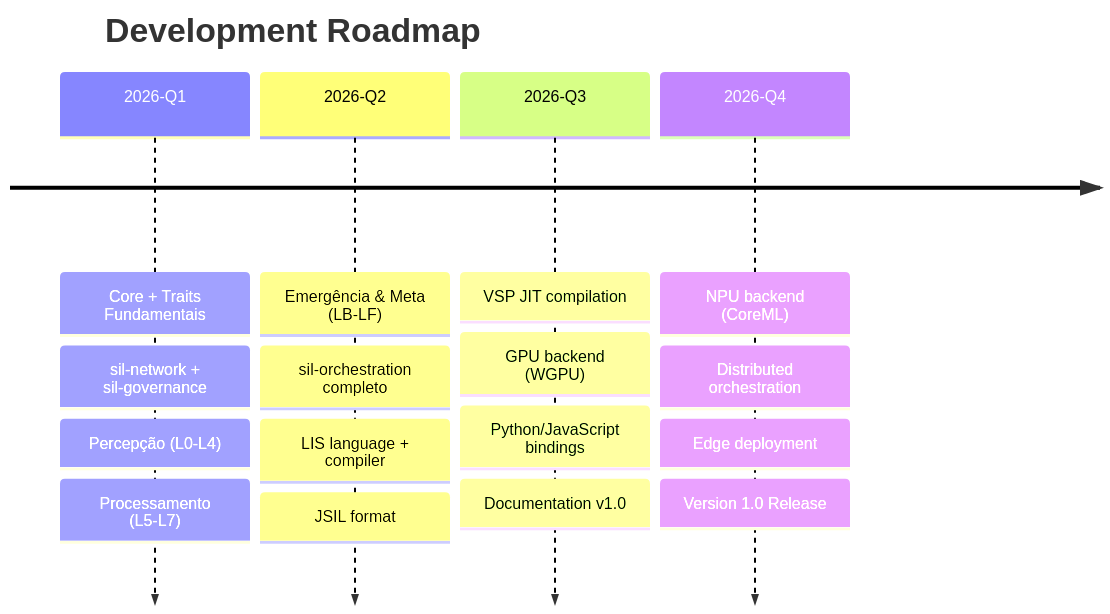
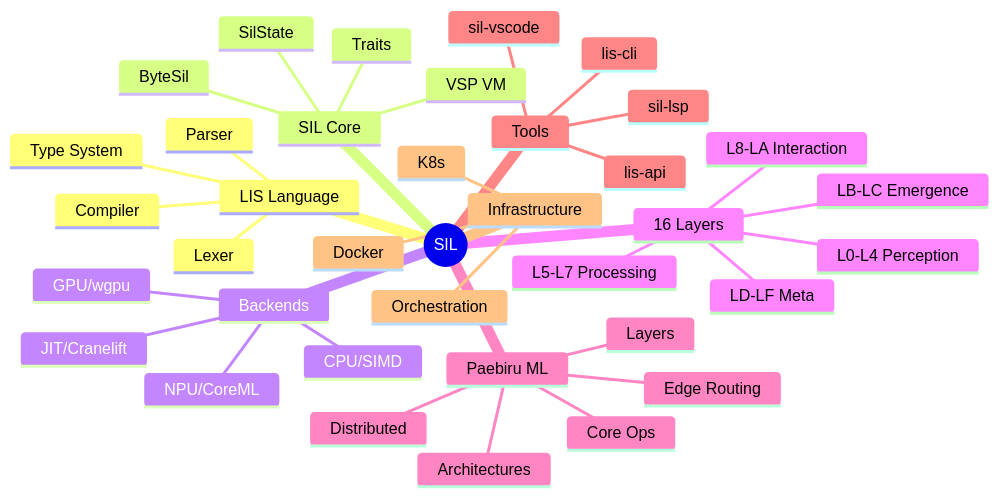
One commit to silvanoneto/SIL changed diagram 20 of 20 in docs/DIAGRAMS.md. Above: the diagram before and after it, drawn with Mermaid. The commit also changed other lines of this file and 7 other files, not shown here.

````diff
--- a/docs/DIAGRAMS.md
+++ b/docs/DIAGRAMS.md
@@ -508,24 +1002,40 @@
 ```mermaid
-timeline
-    title Development Roadmap
-
-    2026-Q1 : Core + Traits Fundamentais
-           : sil-network + sil-governance
-           : Percepção (L0-L4)
-           : Processamento (L5-L7)
-
-    2026-Q2 : Emergência & Meta (LB-LF)
-           : sil-orchestration completo
-           : LIS language + compiler
-           : JSIL format
-
-    2026-Q3 : VSP JIT compilation
-           : GPU backend (WGPU)
-           : Python/JavaScript bindings
-           : Documentation v1.0
-
-    2026-Q4 : NPU backend (CoreML)
-           : Distributed orchestration
-           : Edge deployment
-           : Version 1.0 Release
+mindmap
+    root((SIL))
+        LIS Language
+            Lexer
+            Parser
+            Type System
+            Compiler
+        SIL Core
+            ByteSil
+            SilState
+            VSP VM
+            Traits
+        Backends
+            CPU/SIMD
+            GPU/wgpu
+            NPU/CoreML
+            JIT/Cranelift
+        16 Layers
+            L0-L4 Perception
+            L5-L7 Processing
+            L8-LA Interaction
+            LB-LC Emergence
+            LD-LF Meta
+        Paebiru ML
+            Core Ops
+            Layers
+            Architectures
+            Distributed
+            Edge Routing
+        Tools
+            lis-cli
+            lis-api
+            sil-vscode
+            sil-lsp
+        Infrastructure
+            Orchestration
+            K8s
+            Docker
 ```
````
